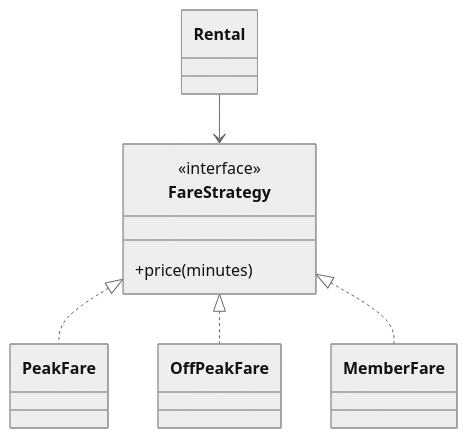
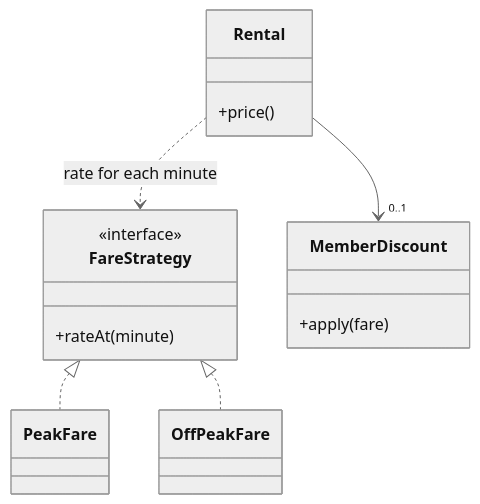
One commit to traiansf/traiansf.github.io changed the diagram in class/amss-2026/curs/08-patterns-i-demo.md. Above: the diagram before and after it, drawn with Mermaid (neutral theme). The commit also changed other lines of this file and 37 other files, not shown here.

````diff
--- a/class/amss-2026/curs/08-patterns-i-demo.md
+++ b/class/amss-2026/curs/08-patterns-i-demo.md
@@ -59,15 +68,19 @@
 ```mermaid
 classDiagram
   class FareStrategy {
     <<interface>>
-    +price(minutes)
+    +rateAt(minute)
   }
   class PeakFare
   class OffPeakFare
-  class MemberFare
-  class Rental
+  class MemberDiscount {
+    +apply(fare)
+  }
+  class Rental {
+    +price()
+  }
   FareStrategy <|.. PeakFare
   FareStrategy <|.. OffPeakFare
-  FareStrategy <|.. MemberFare
-  Rental --> FareStrategy
+  Rental ..> FareStrategy : rate for each minute
+  Rental --> "0..1" MemberDiscount
 ```
````
